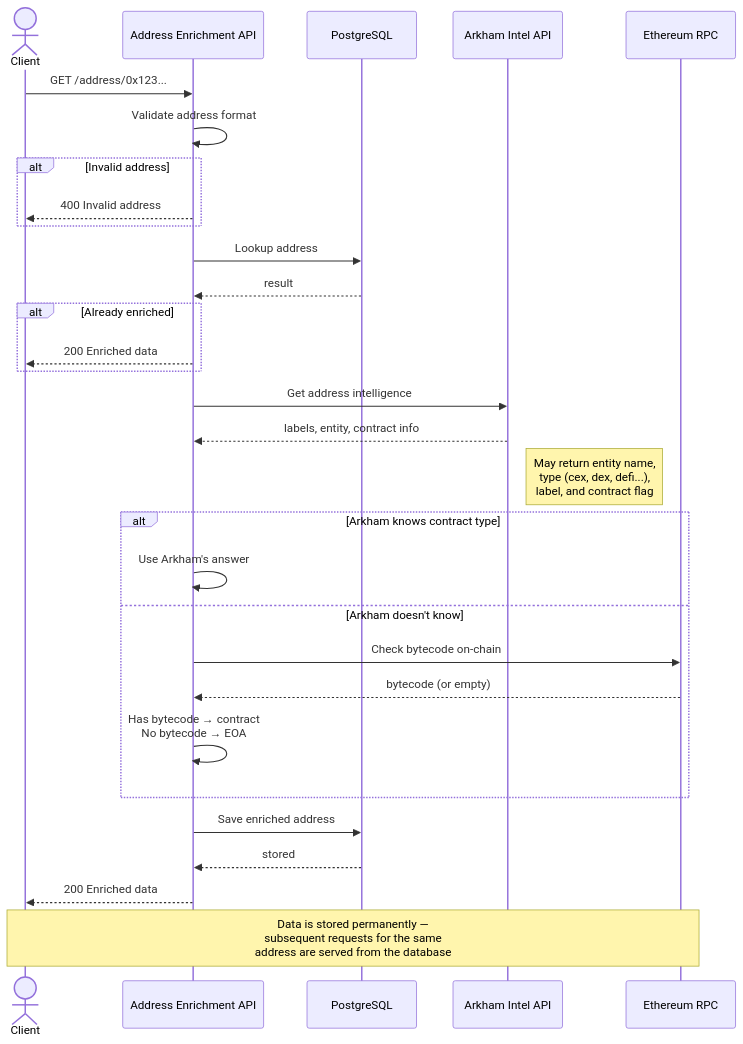
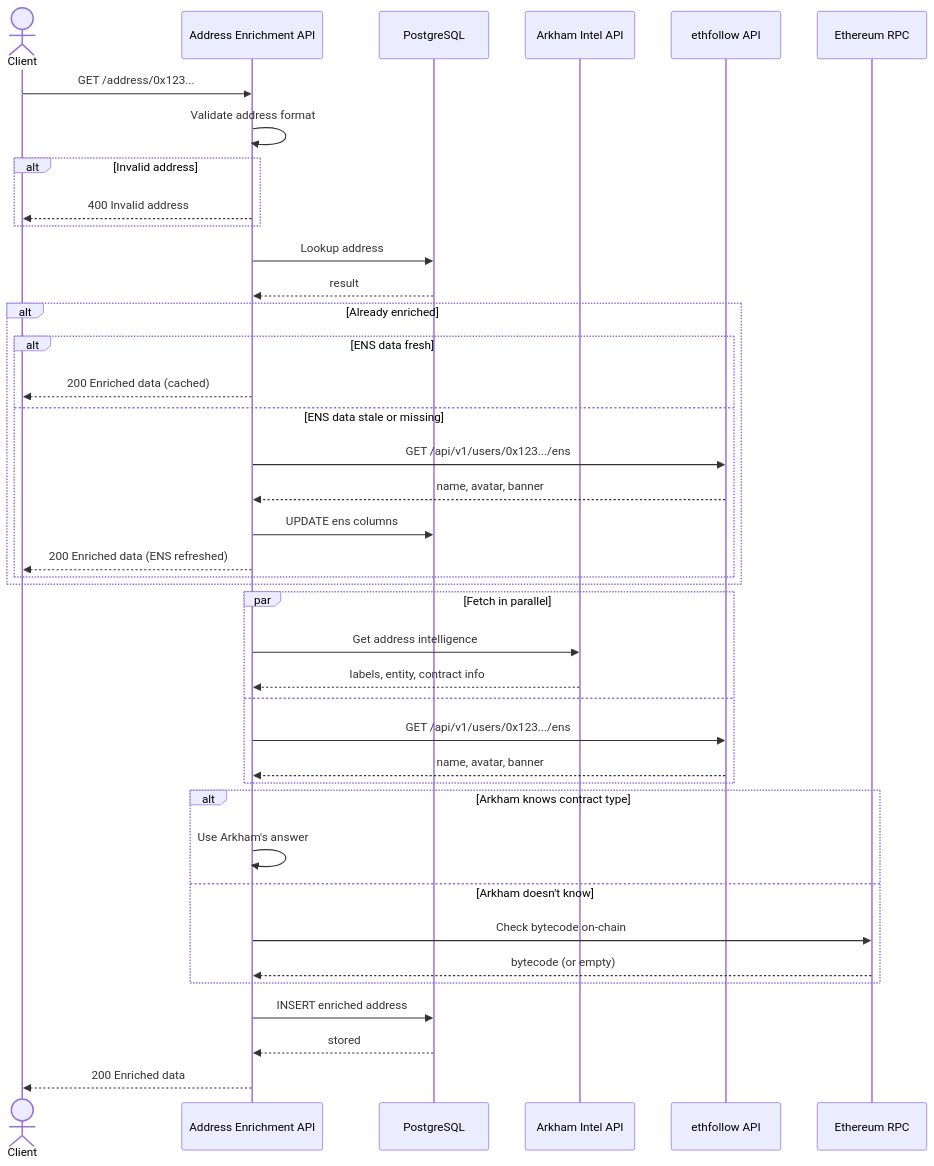
The diagram in apps/address-enrichment/README.md (blockful/anticapture), drawn with Mermaid before and after one commit. The commit also changed other lines of this file and 8 other files, not shown here.

Commit message:
feat(address-enrichment): add ENS client and integrate ENS data enrichment

````diff
--- a/apps/address-enrichment/README.md
+++ b/apps/address-enrichment/README.md
@@ -153,46 +177,54 @@
 ```mermaid
 sequenceDiagram
     actor Client
     participant API as Address Enrichment API
     participant DB as PostgreSQL
     participant Arkham as Arkham Intel API
+    participant ENS as ethfollow API
     participant RPC as Ethereum RPC
 
     Client->>API: GET /address/0x123...
     API->>API: Validate address format
 
     alt Invalid address
         API-->>Client: 400 Invalid address
     end
 
     %% ── Check local storage ──
     API->>DB: Lookup address
     DB-->>API: result
 
     alt Already enriched
-        API-->>Client: 200 Enriched data
+        alt ENS data fresh
+            API-->>Client: 200 Enriched data (cached)
+        else ENS data stale or missing
+            API->>ENS: GET /api/v1/users/0x123.../ens
+            ENS-->>API: name, avatar, banner
+            API->>DB: UPDATE ens columns
+            API-->>Client: 200 Enriched data (ENS refreshed)
+        end
     end
 
-    %% ── Fetch labels from Arkham ──
-    API->>Arkham: Get address intelligence
-    Arkham-->>API: labels, entity, contract info
-
-    note right of Arkham: May return entity name,<br/>type (cex, dex, defi...),<br/>label, and contract flag
+    %% ── Address not in DB: fetch all in parallel ──
+    par Fetch in parallel
+        API->>Arkham: Get address intelligence
+        Arkham-->>API: labels, entity, contract info
+    and
+        API->>ENS: GET /api/v1/users/0x123.../ens
+        ENS-->>API: name, avatar, banner
+    end
 
     %% ── Determine if contract or EOA ──
     alt Arkham knows contract type
         API->>API: Use Arkham's answer
     else Arkham doesn't know
         API->>RPC: Check bytecode on-chain
         RPC-->>API: bytecode (or empty)
-        API->>API: Has bytecode → contract<br/>No bytecode → EOA
     end
 
-    %% ── Store permanently ──
-    API->>DB: Save enriched address
+    %% ── Store ──
+    API->>DB: INSERT enriched address
     DB-->>API: stored
 
     API-->>Client: 200 Enriched data
-
-    note over Client,RPC: Data is stored permanently —<br/>subsequent requests for the same<br/>address are served from the database
 ```
````
